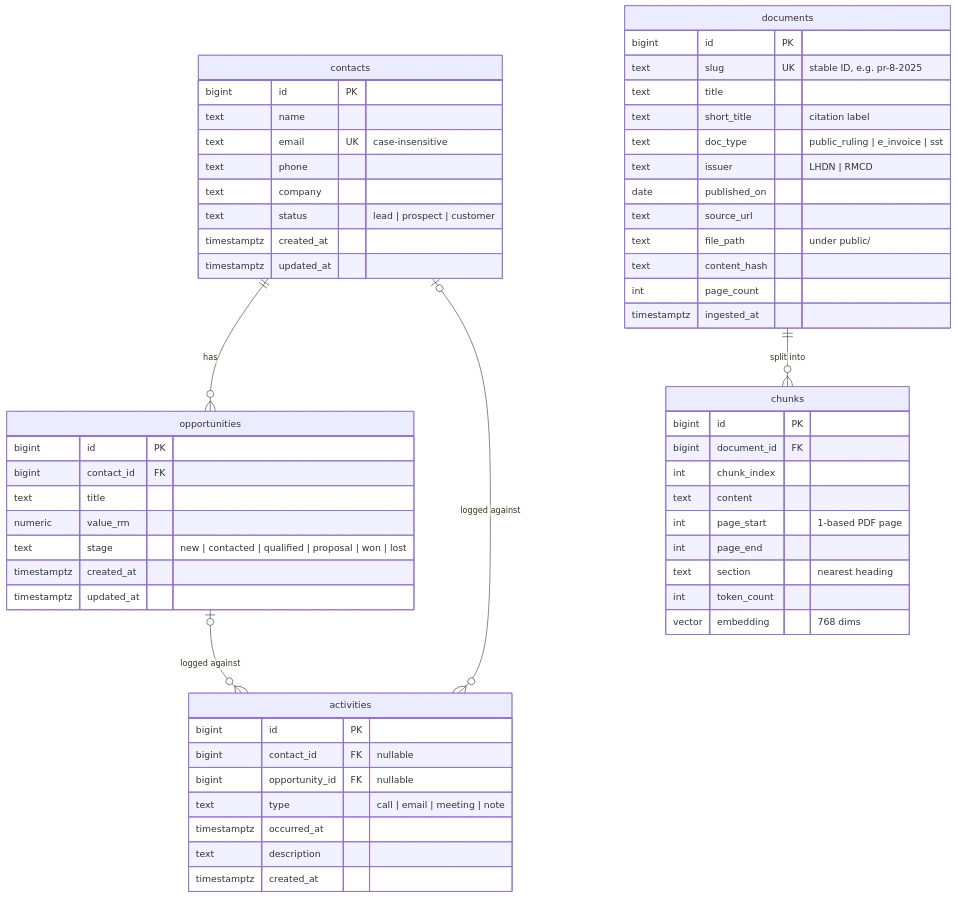
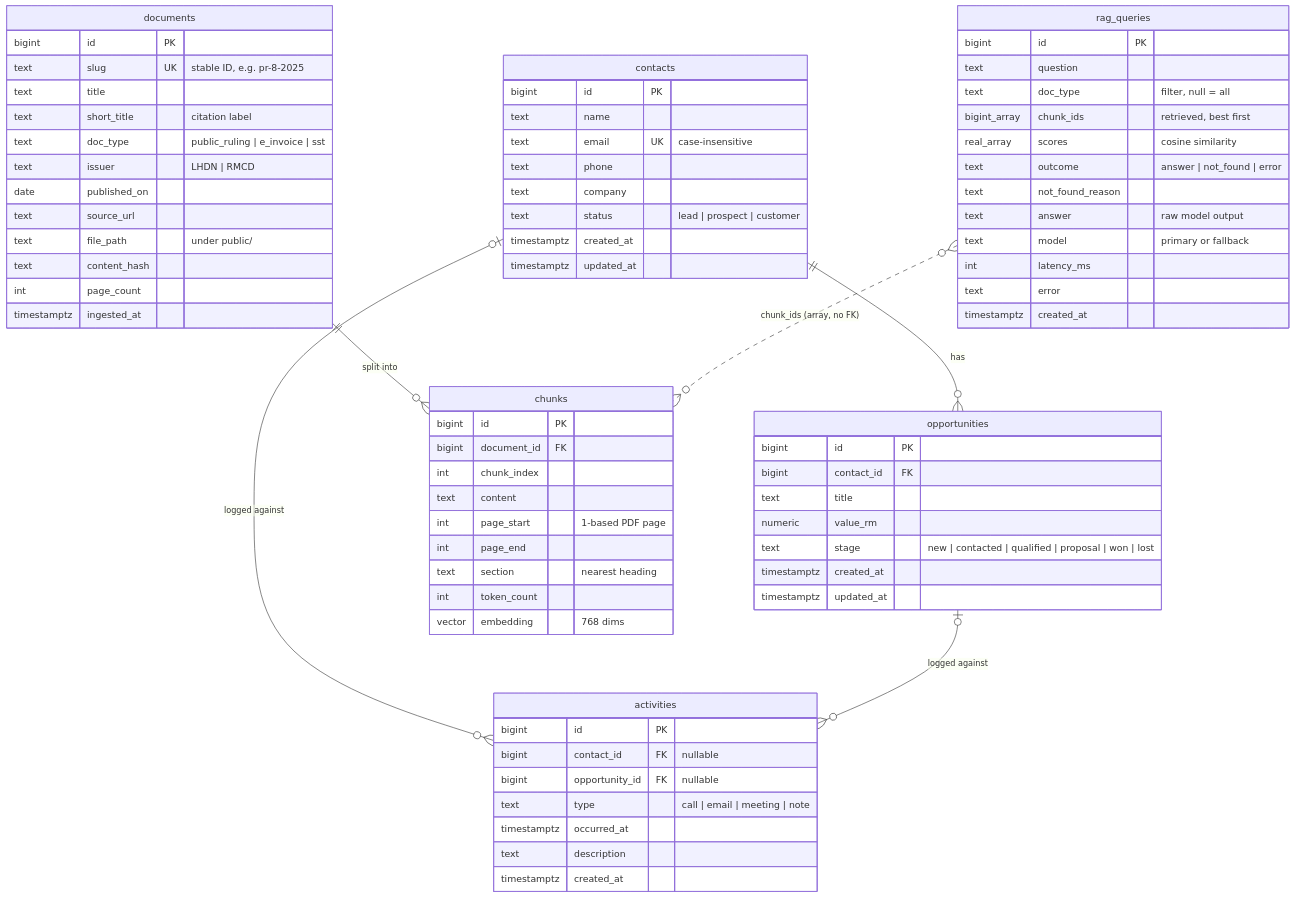
Before and after one commit to hanswys/taxpod-crm-ai: the second of 4 diagrams in ARCHITECTURE.md, drawn with Mermaid. The commit also changed other lines of this file and 19 other files, not shown here.

````diff
--- a/ARCHITECTURE.md
+++ b/ARCHITECTURE.md
@@ -89,61 +89,76 @@
 ```mermaid
 erDiagram
   contacts ||--o{ opportunities : has
   contacts |o--o{ activities : "logged against"
   opportunities |o--o{ activities : "logged against"
   documents ||--o{ chunks : "split into"
+  rag_queries }o..o{ chunks : "chunk_ids (array, no FK)"
 
   contacts {
     bigint id PK
     text name
     text email UK "case-insensitive"
     text phone
     text company
     text status "lead | prospect | customer"
     timestamptz created_at
     timestamptz updated_at
   }
   opportunities {
     bigint id PK
     bigint contact_id FK
     text title
     numeric value_rm
     text stage "new | contacted | qualified | proposal | won | lost"
     timestamptz created_at
     timestamptz updated_at
   }
   activities {
     bigint id PK
     bigint contact_id FK "nullable"
     bigint opportunity_id FK "nullable"
     text type "call | email | meeting | note"
     timestamptz occurred_at
     text description
     timestamptz created_at
   }
   documents {
     bigint id PK
     text slug UK "stable ID, e.g. pr-8-2025"
     text title
     text short_title "citation label"
     text doc_type "public_ruling | e_invoice | sst"
     text issuer "LHDN | RMCD"
     date published_on
     text source_url
     text file_path "under public/"
     text content_hash
     int page_count
     timestamptz ingested_at
   }
   chunks {
     bigint id PK
     bigint document_id FK
     int chunk_index
     text content
     int page_start "1-based PDF page"
     int page_end
     text section "nearest heading"
     int token_count
     vector embedding "768 dims"
   }
+  rag_queries {
+    bigint id PK
+    text question
+    text doc_type "filter, null = all"
+    bigint_array chunk_ids "retrieved, best first"
+    real_array scores "cosine similarity"
+    text outcome "answer | not_found | error"
+    text not_found_reason
+    text answer "raw model output"
+    text model "primary or fallback"
+    int latency_ms
+    text error
+    timestamptz created_at
+  }
 ```
````
